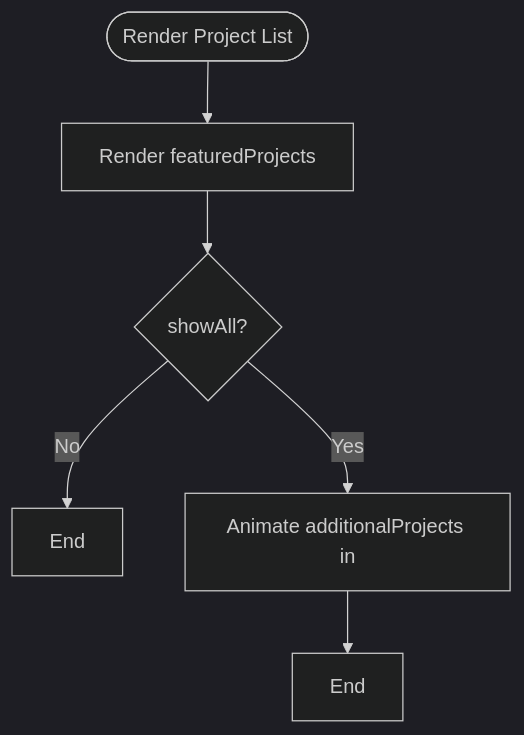
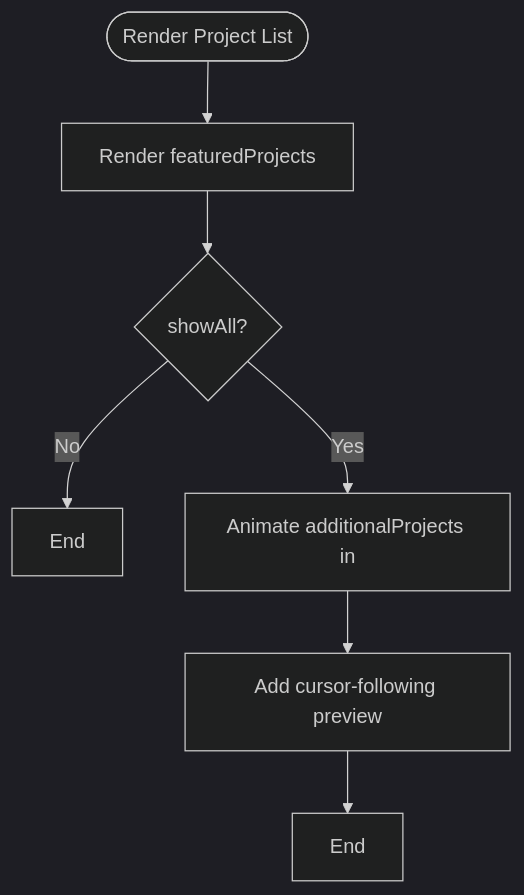
The third of 7 diagrams in .qoder/repowiki/en/content/Core Components/Work Showcase Component.md (tee-15/portfolio-tee), drawn with Mermaid (dark theme) before and after one commit. The commit also changed other lines of this file and 27 other files, not shown here.

````diff
--- a/.qoder/repowiki/en/content/Core Components/Work Showcase Component.md
+++ b/.qoder/repowiki/en/content/Core Components/Work Showcase Component.md
@@ -119,8 +138,9 @@
 ```mermaid
 flowchart TD
 Start(["Render Project List"]) --> Featured["Render featuredProjects"]
 Featured --> Additional{"showAll?"}
 Additional --> |No| End1["End"]
 Additional --> |Yes| AnimateAdditional["Animate additionalProjects in"]
-AnimateAdditional --> End2["End"]
+AnimateAdditional --> HoverPreview["Add cursor-following preview"]
+HoverPreview --> End2["End"]
 ```
````
